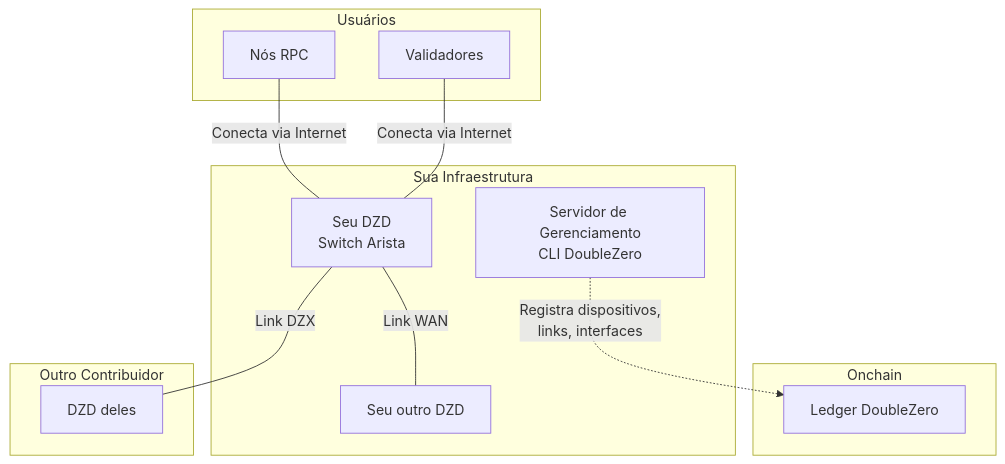
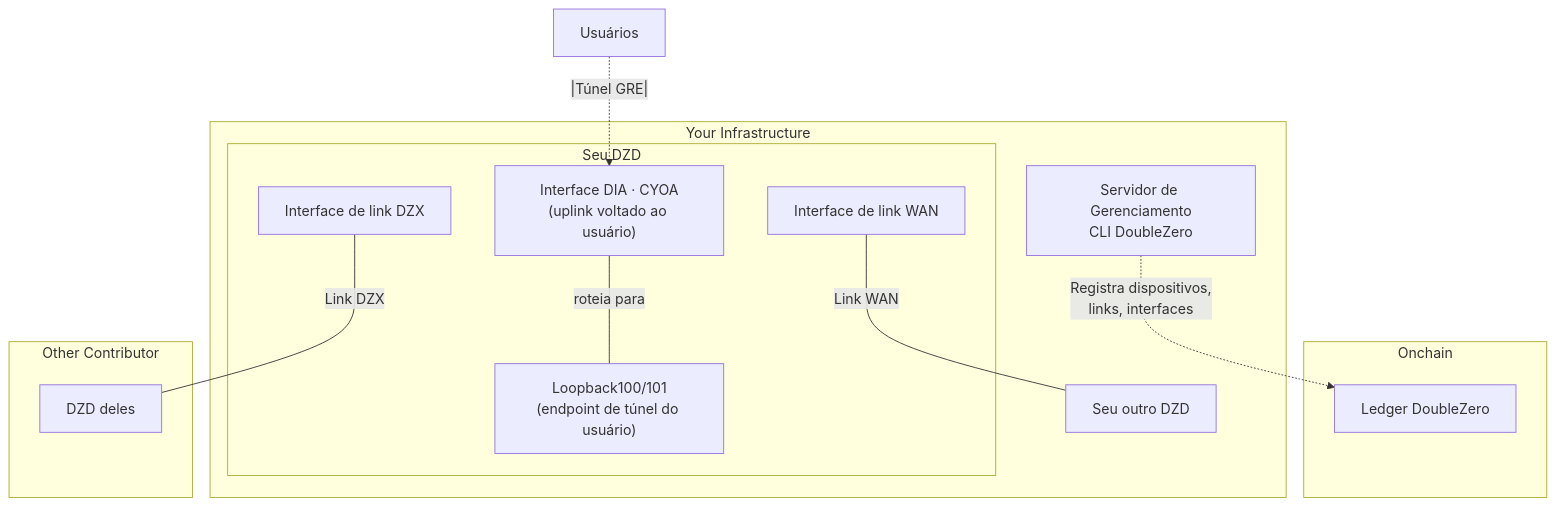
One commit to malbeclabs/docs changed the first of 13 diagrams in docs/contribute-provisioning.pt.md. Above: the diagram before and after it, drawn with Mermaid. The commit also changed other lines of this file and 160 other files, not shown here.

````diff
--- a/docs/contribute-provisioning.pt.md
+++ b/docs/contribute-provisioning.pt.md
@@ -13,26 +50,29 @@
 ```mermaid
 flowchart TB
     subgraph Onchain
         SC[Ledger DoubleZero]
     end
 
-    subgraph Sua Infraestrutura
+    subgraph Your Infrastructure
         MGMT[Servidor de Gerenciamento<br/>CLI DoubleZero]
-        DZD[Seu DZD<br/>Switch Arista]
-        DZD ---|Link WAN| DZD2[Seu outro DZD]
+        subgraph DZD[Seu DZD]
+            CYOA["Interface DIA · CYOA<br/>(uplink voltado ao usuário)"]
+            WAN_INTF["Interface de link WAN"]
+            DZX_INTF["Interface de link DZX"]
+            LO100["Loopback100/101<br/>(endpoint de túnel do usuário)"]
+        end
+        DZD2[Seu outro DZD]
     end
 
-    subgraph Outro Contribuidor
+    subgraph Other Contributor
         OtherDZD[DZD deles]
     end
 
-    subgraph Usuários
-        VAL[Validadores]
-        RPC[Nós RPC]
-    end
+    USERS["Usuários"]
 
     MGMT -.->|Registra dispositivos,<br/>links, interfaces| SC
-    DZD ---|Link DZX| OtherDZD
-    VAL ---|Conecta via Internet| DZD
-    RPC ---|Conecta via Internet| DZD
+    WAN_INTF ---|Link WAN| DZD2
+    DZX_INTF ---|Link DZX| OtherDZD
+    USERS -.|Túnel GRE|.-> CYOA
+    CYOA ---|roteia para| LO100
 ```
````
